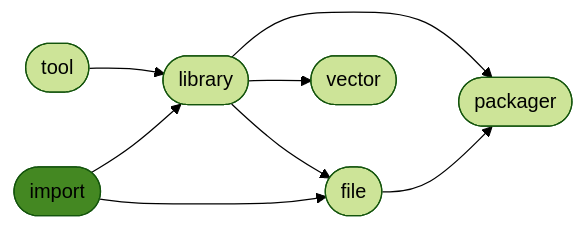
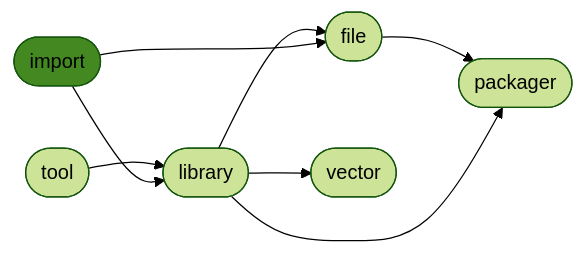
The diagram in README.md (ManderaGeneral/generalimport), drawn with Mermaid (forest theme) before and after one commit. The commit also changed other lines of this file, not shown here.

````diff
--- a/README.md
+++ b/README.md
@@ -28,17 +28,17 @@
 ```mermaid
 flowchart LR
-2([library]) --> 5([packager])
 3([file]) --> 5([packager])
 1([tool]) --> 2([library])
 0([import]) --> 2([library])
+2([library]) --> 5([packager])
+2([library]) --> 3([file])
 0([import]) --> 3([file])
 2([library]) --> 4([vector])
-2([library]) --> 3([file])
 click 0 "https://github.com/ManderaGeneral/generalimport"
 click 1 "https://github.com/ManderaGeneral/generaltool"
 click 2 "https://github.com/ManderaGeneral/generallibrary"
 click 3 "https://github.com/ManderaGeneral/generalfile"
 click 4 "https://github.com/ManderaGeneral/generalvector"
 click 5 "https://github.com/ManderaGeneral/generalpackager"
 style 0 fill:#482
 ```
````
